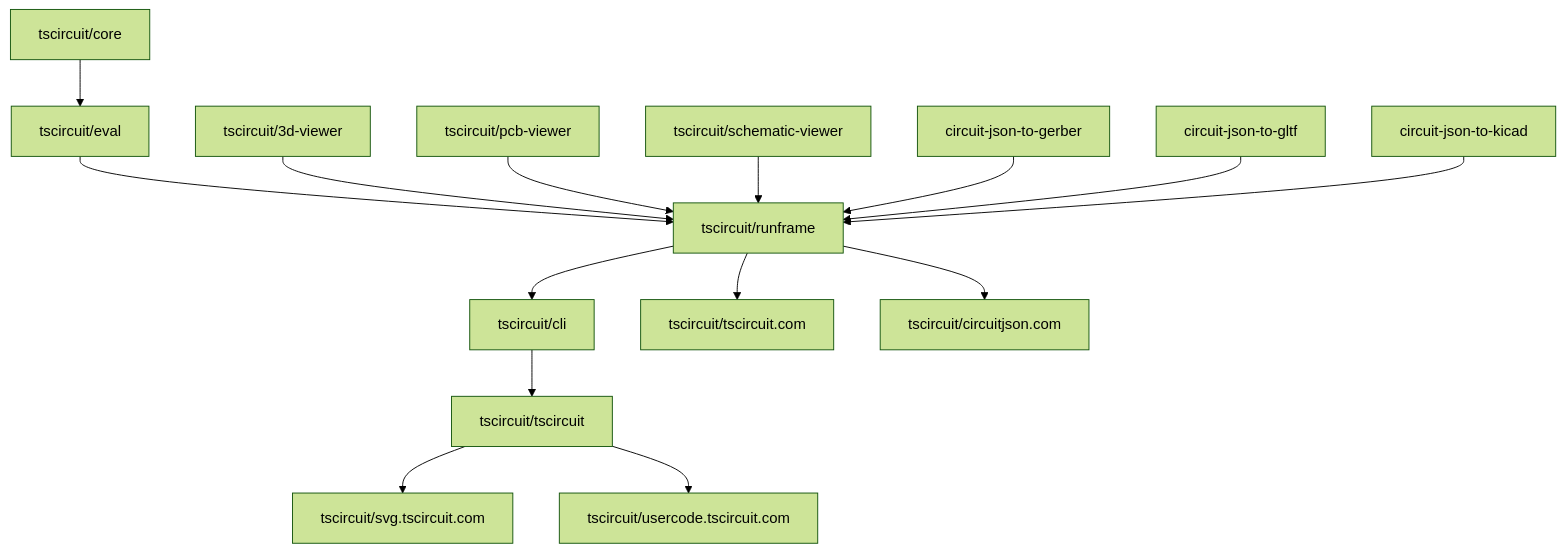
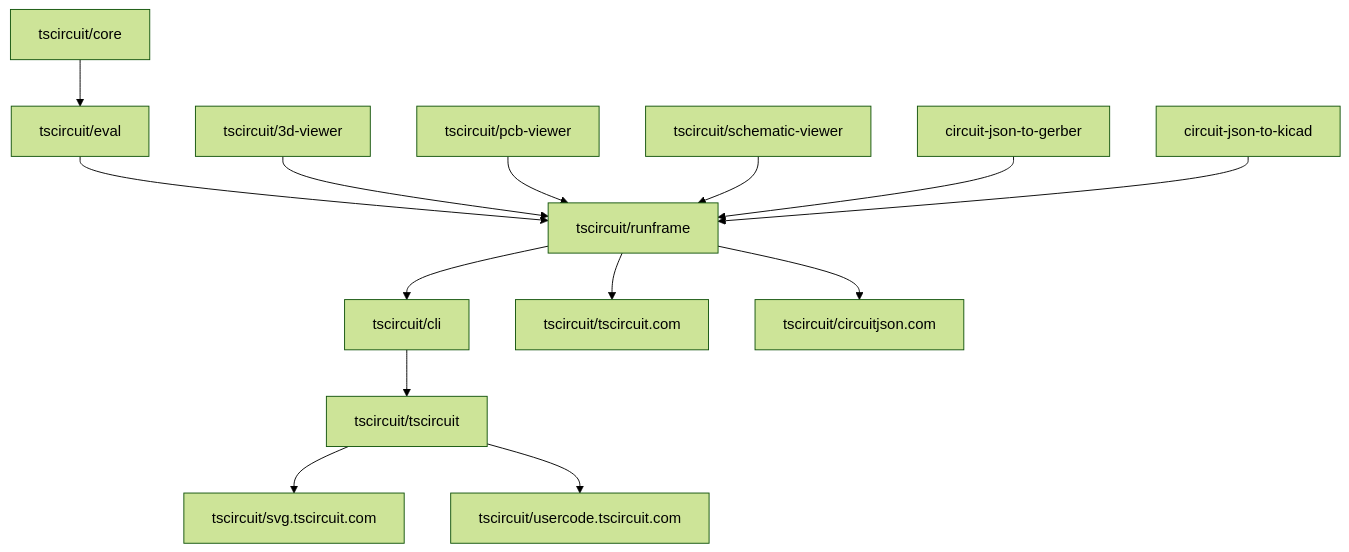
The diagram in docs/contributing/package-dependencies-and-auto-updates.mdx (tscircuit/docs), drawn with Mermaid (forest theme) before and after one commit.

Commit message:
Incorrect mention of autoupdate `circuit-json-to-gltf` to `runframe` (#506)
Removed the Circuit JSON to GLTF to Runframe section.

````diff
--- a/docs/contributing/package-dependencies-and-auto-updates.mdx
+++ b/docs/contributing/package-dependencies-and-auto-updates.mdx
@@ -14,43 +14,40 @@
 ```mermaid
 flowchart TD
 
     %% Core to Eval
     core[tscircuit/core] --> eval[tscircuit/eval]
 
     %% Eval to Runframe
     eval --> runframe[tscircuit/runframe]
 
     %% 3D Viewer to Runframe
     viewer3d[tscircuit/3d-viewer] --> runframe
 
     %% PCB Viewer to Runframe
     pcbviewer[tscircuit/pcb-viewer] --> runframe
 
     %% Schematic Viewer to Runframe
     schemaviewer[tscircuit/schematic-viewer] --> runframe
 
     %% Circuit JSON to Gerber to Runframe
     circuitjsontogerber[circuit-json-to-gerber] --> runframe
 
-    %% Circuit JSON to GLTF to Runframe
-    circuitjsontogltf[circuit-json-to-gltf] --> runframe
-
     %% Circuit JSON to KiCad to Runframe
     circuitjsontokicad[circuit-json-to-kicad] --> runframe
 
     %% Runframe to CLI
     runframe --> cli[tscircuit/cli]
 
     %% Runframe to tscircuit.com
     runframe --> tscircuitcom[tscircuit/tscircuit.com]
 
     %% Runframe to circuitjson.com
     runframe --> circuitjsoncom[tscircuit/circuitjson.com]
     
     %% CLI to Tscircuit
     cli --> tscircuit[tscircuit/tscircuit]
 
     %% Tscircuit to web services
     tscircuit --> svg[tscircuit/svg.tscircuit.com]
     tscircuit --> usercode[tscircuit/usercode.tscircuit.com]
 ```
````
